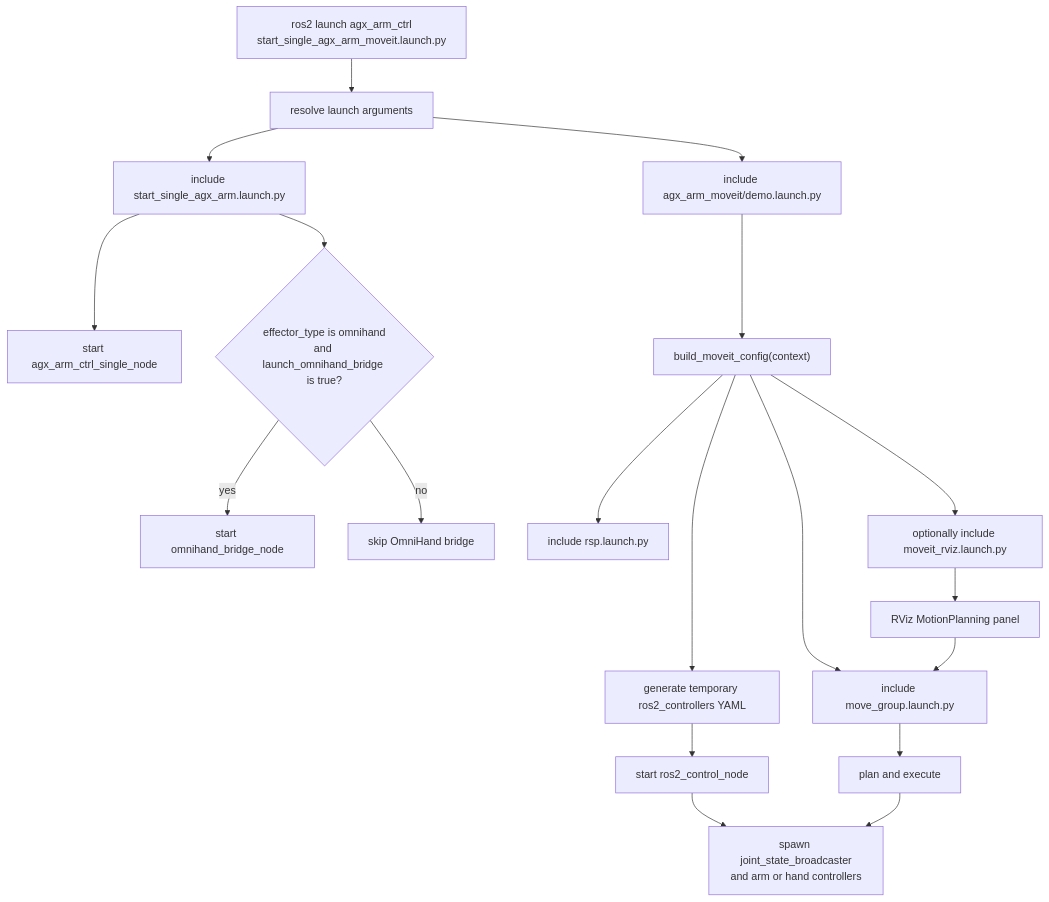
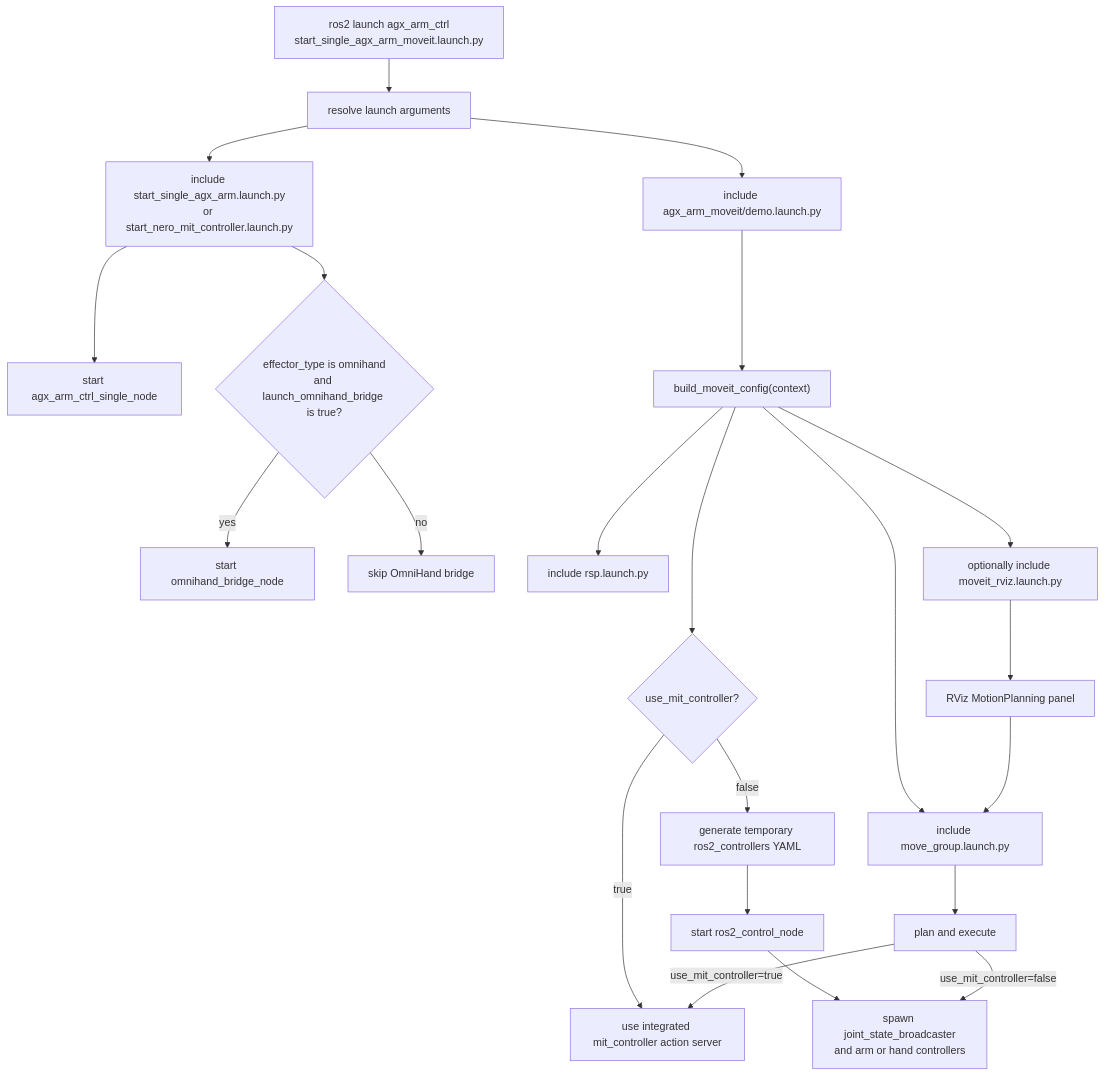
One commit to robyngehler/agx_arm_ros changed the second of 5 diagrams in docs/project/repo_interaction_diagrams.md. Above: the diagram before and after it, drawn with Mermaid. The commit also changed other lines of this file and 10 other files, not shown here.

Commit message:
Align MIT launch safety and docs

````diff
--- a/docs/project/repo_interaction_diagrams.md
+++ b/docs/project/repo_interaction_diagrams.md
@@ -90,24 +102,28 @@
 ```mermaid
 flowchart TD
     START["ros2 launch agx_arm_ctrl<br/>start_single_agx_arm_moveit.launch.py"] --> ARGS["resolve launch arguments"]
-    ARGS --> CTRL["include start_single_agx_arm.launch.py"]
+    ARGS --> CTRL["include start_single_agx_arm.launch.py<br/>or start_nero_mit_controller.launch.py"]
     ARGS --> DEMO["include agx_arm_moveit/demo.launch.py"]
 
     CTRL --> ARMNODE["start agx_arm_ctrl_single_node"]
     CTRL --> BRIDGEGATE{"effector_type is omnihand<br/>and launch_omnihand_bridge is true?"}
     BRIDGEGATE -- yes --> BRIDGENODE["start omnihand_bridge_node"]
     BRIDGEGATE -- no --> NOBRIDGE["skip OmniHand bridge"]
 
     DEMO --> BUILDER["build_moveit_config(context)"]
     BUILDER --> RSP["include rsp.launch.py"]
     BUILDER --> MOVEGROUP["include move_group.launch.py"]
     BUILDER --> RVIZ["optionally include moveit_rviz.launch.py"]
-    BUILDER --> TMPCTRL["generate temporary ros2_controllers YAML"]
+    BUILDER --> MITMODE{"use_mit_controller?"}
+
+    MITMODE -- true --> MITEXEC["use integrated mit_controller action server"]
+    MITMODE -- false --> TMPCTRL["generate temporary ros2_controllers YAML"]
 
     TMPCTRL --> ROS2CTRL["start ros2_control_node"]
     ROS2CTRL --> SPAWN["spawn joint_state_broadcaster<br/>and arm or hand controllers"]
     RVIZ --> PANEL["RViz MotionPlanning panel"]
     PANEL --> MOVEGROUP
     MOVEGROUP --> EXEC["plan and execute"]
-    EXEC --> SPAWN
+    EXEC -- "use_mit_controller=true" --> MITEXEC
+    EXEC -- "use_mit_controller=false" --> SPAWN
 ```
````
